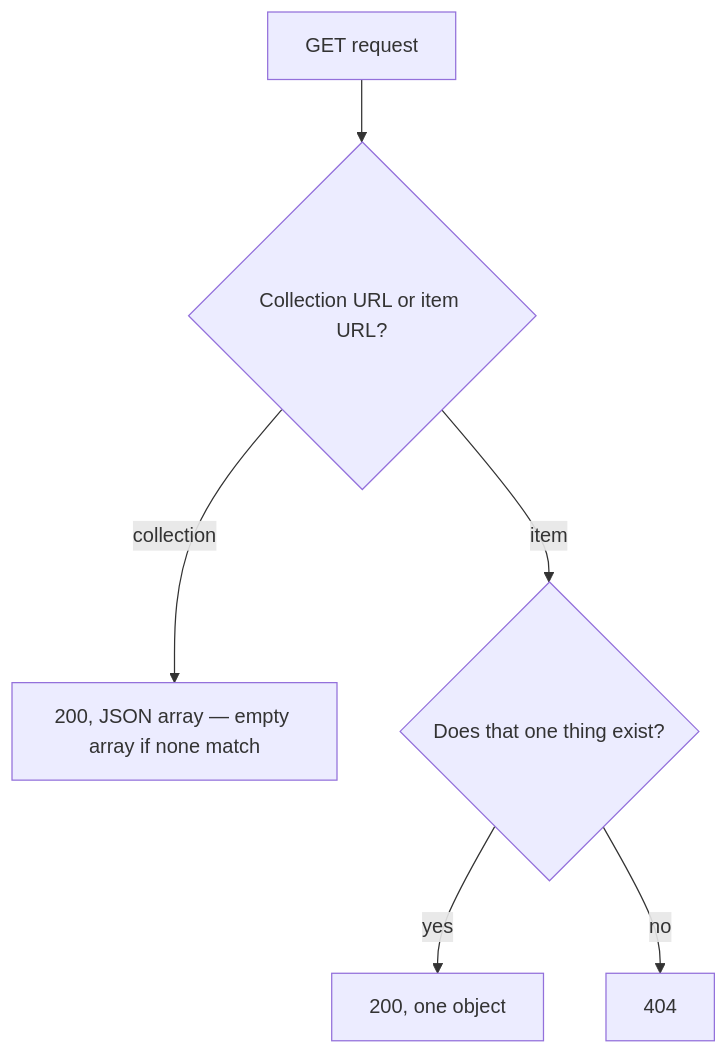
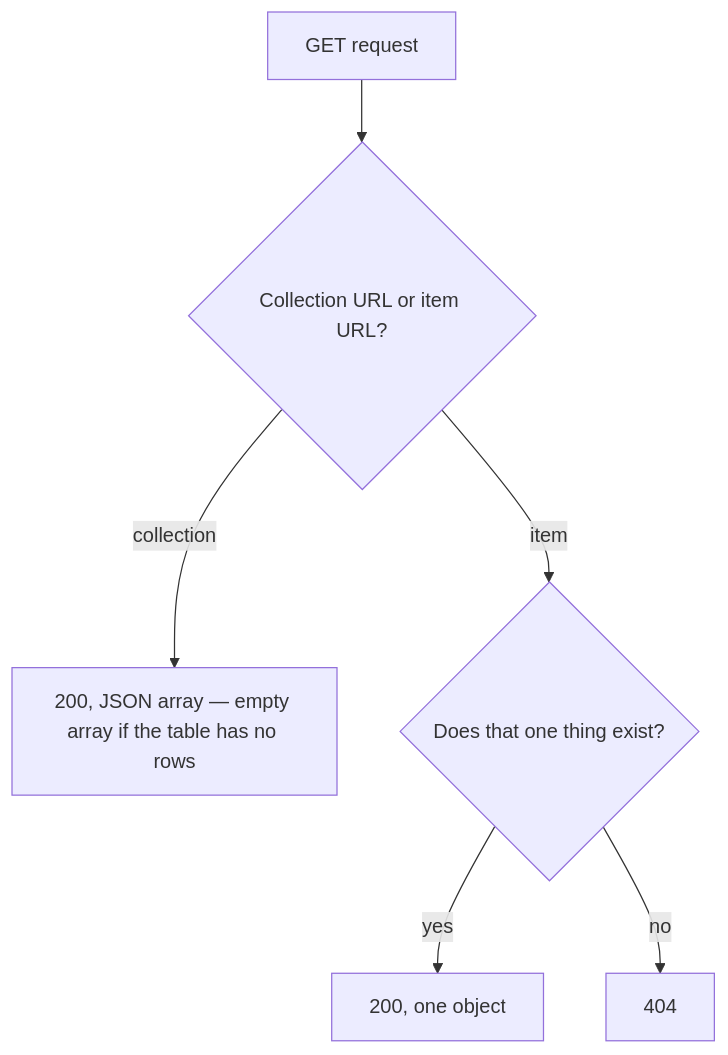
One commit to duyan11110/lo-trinh-architect changed the diagram in content/tracks/backend/rest-api/backend.l1.get-and-status-codes.en.md. Above: the diagram before and after it, drawn with Mermaid. The commit also changed other lines of this file and 3 other files, not shown here.

````diff
--- a/content/tracks/backend/rest-api/backend.l1.get-and-status-codes.en.md
+++ b/content/tracks/backend/rest-api/backend.l1.get-and-status-codes.en.md
@@ -40,8 +40,8 @@
 ```mermaid
 flowchart TD
   A[GET request] --> B{Collection URL or item URL?}
-  B -->|collection| C[200, JSON array — empty array if none match]
+  B -->|collection| C[200, JSON array — empty array if the table has no rows]
   B -->|item| D{Does that one thing exist?}
   D -->|yes| E[200, one object]
   D -->|no| F[404]
 ```
````
